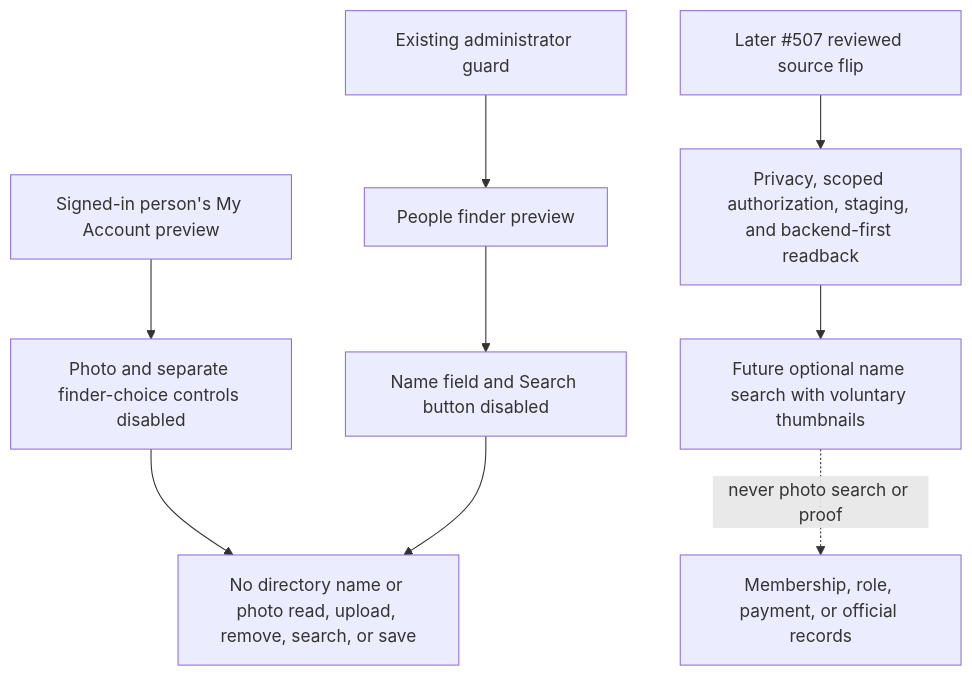
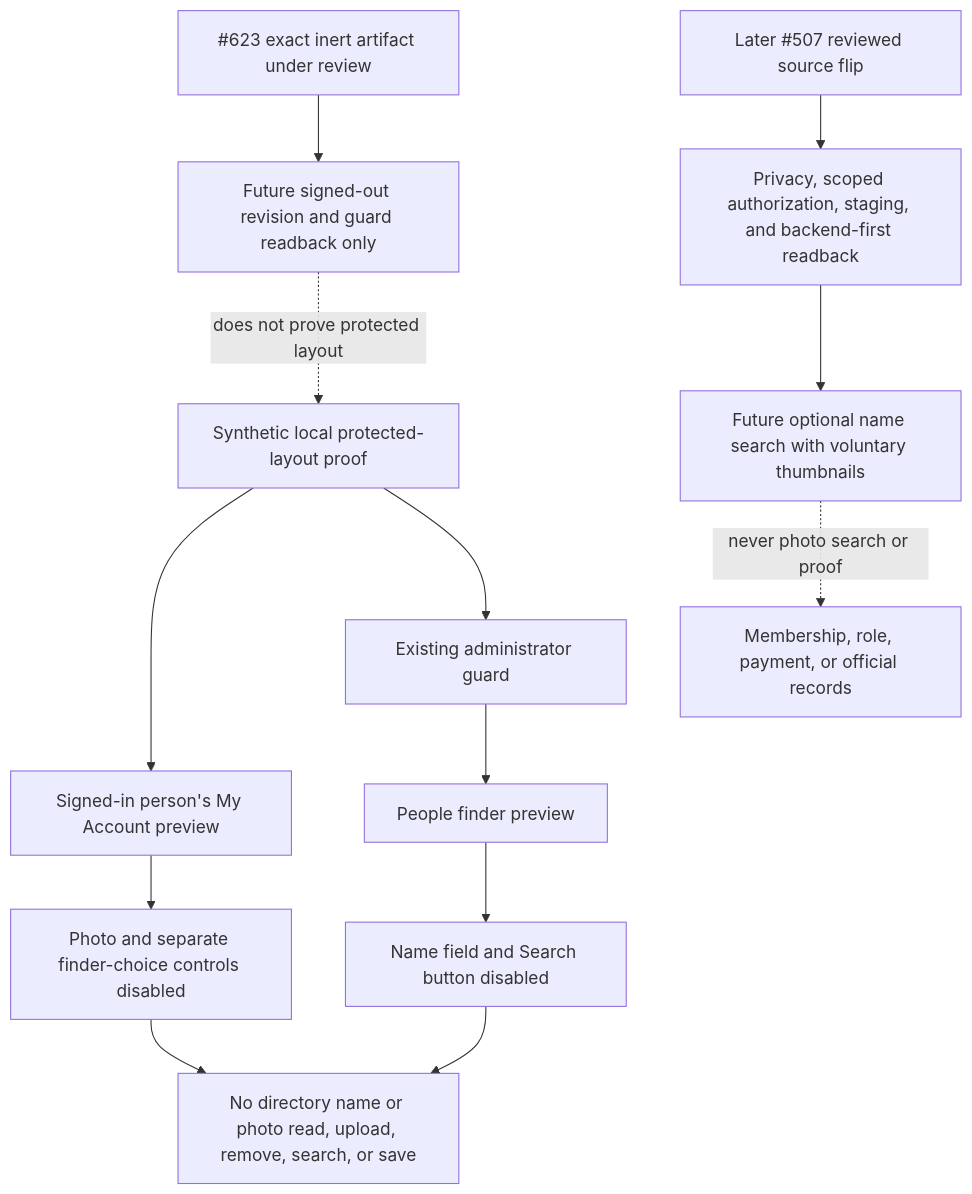
Diagram 37 of 52 in docs/officers/EVENTS_SHOP_MEMBERS.md (Run-MPRC/Run-MPRC.github.io), drawn with Mermaid before and after one commit. The commit also changed other lines of this file and 10 other files, not shown here.

Commit message:
ops: arm bounded member directory preview release

````diff
--- a/docs/officers/EVENTS_SHOP_MEMBERS.md
+++ b/docs/officers/EVENTS_SHOP_MEMBERS.md
@@ -2425,11 +2425,15 @@
 ```mermaid
 flowchart TD
-    Person["Signed-in person's My Account preview"] --> Account["Photo and separate finder-choice controls disabled"]
-    Guard["Existing administrator guard"] --> Officer["People finder preview"]
+    Synthetic["Synthetic local protected-layout proof"] --> Person["Signed-in person's My Account preview"]
+    Synthetic --> Guard["Existing administrator guard"]
+    Person --> Account["Photo and separate finder-choice controls disabled"]
+    Guard --> Officer["People finder preview"]
     Officer --> Search["Name field and Search button disabled"]
     Account --> None["No directory name or photo read, upload, remove, search, or save"]
     Search --> None
+    Release["#623 exact inert artifact under review"] --> Public["Future signed-out revision and guard readback only"]
+    Public -. "does not prove protected layout" .-> Synthetic
     Later["Later #507 reviewed source flip"] --> Gates["Privacy, scoped authorization, staging, and backend-first readback"]
     Gates --> Connected["Future optional name search with voluntary thumbnails"]
     Connected -. "never photo search or proof" .-> Official["Membership, role, payment, or official records"]
 ```
````
